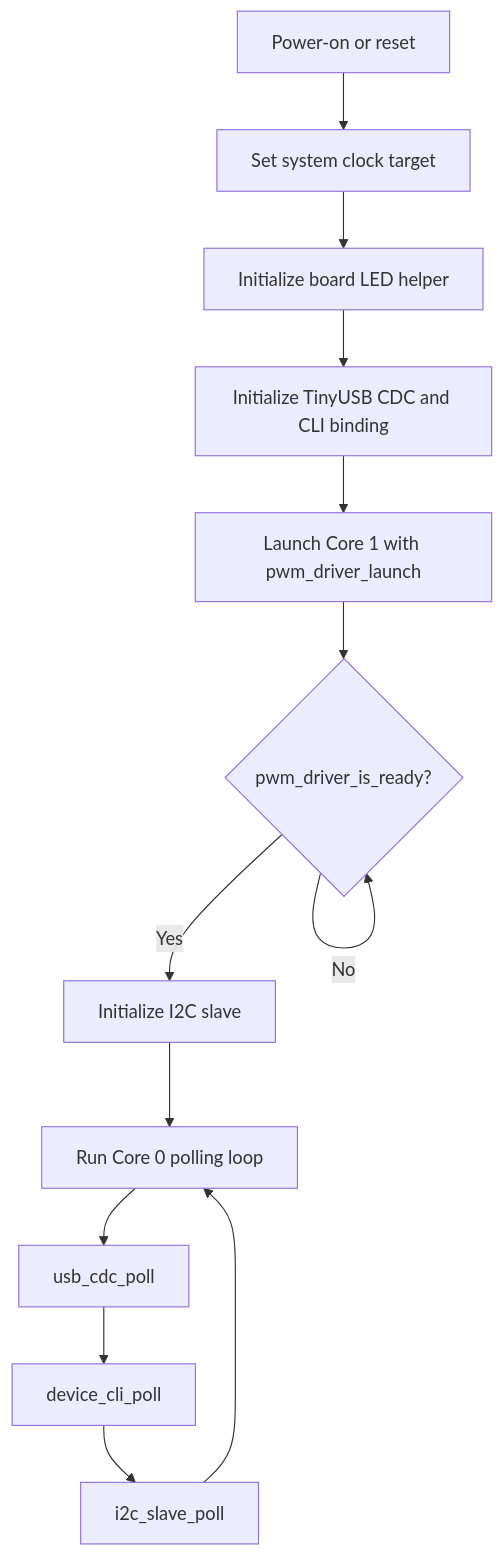
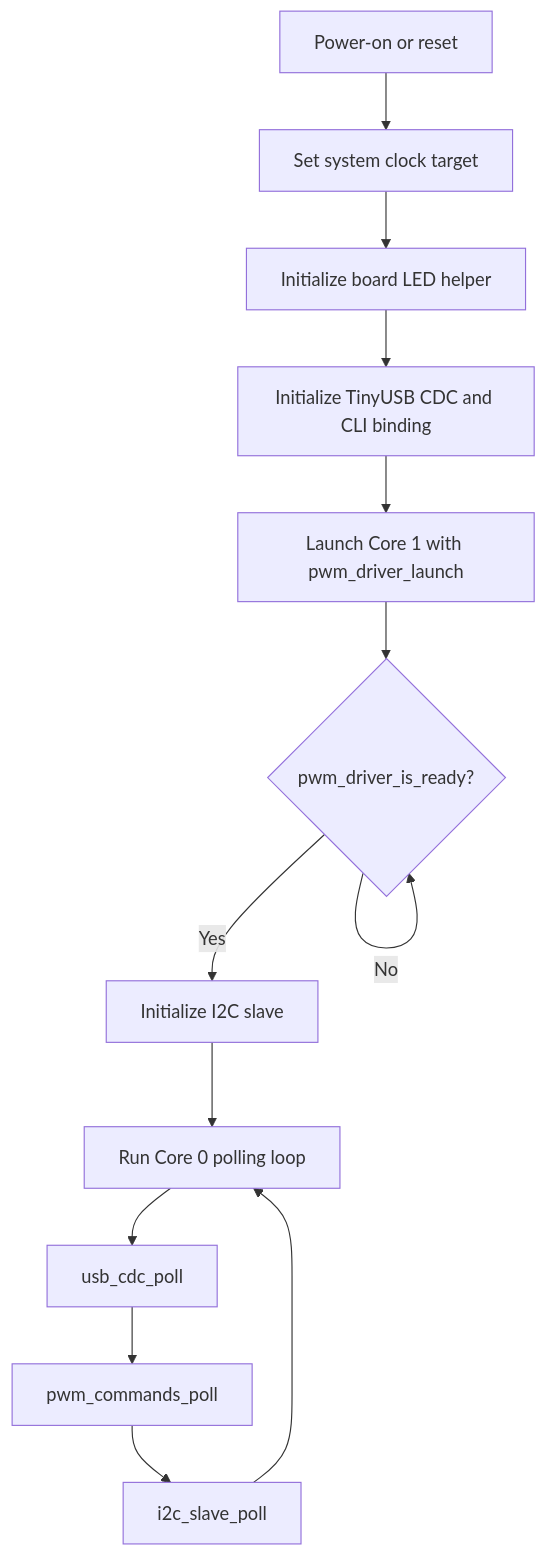
One commit to djwinter29-oss/PicoPWM changed the third of 3 diagrams in docs/architecture.md. Above: the diagram before and after it, drawn with Mermaid. The commit also changed other lines of this file and 31 other files, not shown here.

````diff
--- a/docs/architecture.md
+++ b/docs/architecture.md
@@ -216,15 +226,15 @@
 ```mermaid
 flowchart TD
     Reset[Power-on or reset] --> Clock[Set system clock target]
     Clock --> LED[Initialize board LED helper]
     LED --> USB[Initialize TinyUSB CDC and CLI binding]
     USB --> Launch[Launch Core 1 with pwm_driver_launch]
     Launch --> Ready{pwm_driver_is_ready?}
     Ready -- No --> Ready
     Ready -- Yes --> I2C[Initialize I2C slave]
     I2C --> Loop[Run Core 0 polling loop]
     Loop --> USBPoll[usb_cdc_poll]
-    USBPoll --> CLIPoll[device_cli_poll]
+    USBPoll --> CLIPoll[pwm_commands_poll]
     CLIPoll --> I2CPoll[i2c_slave_poll]
     I2CPoll --> Loop
 ```
````
